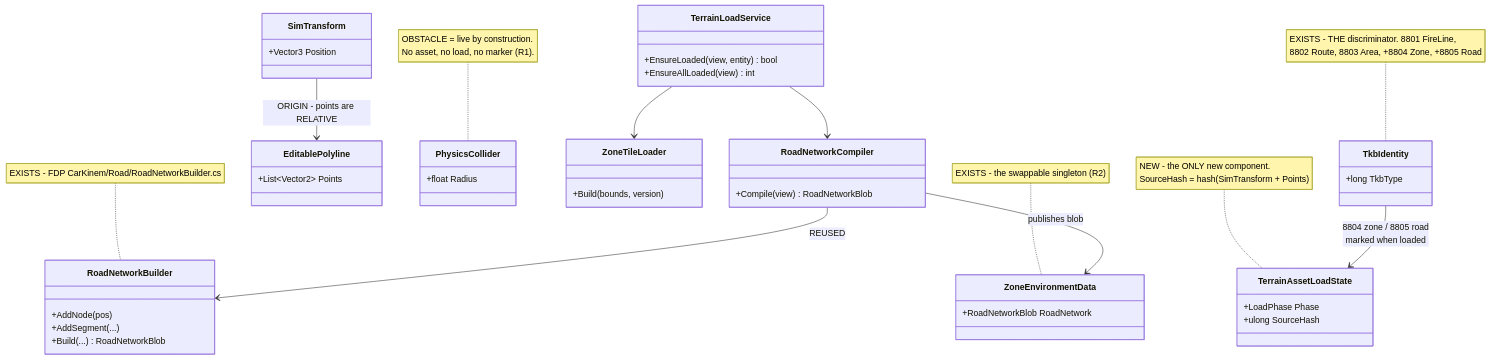
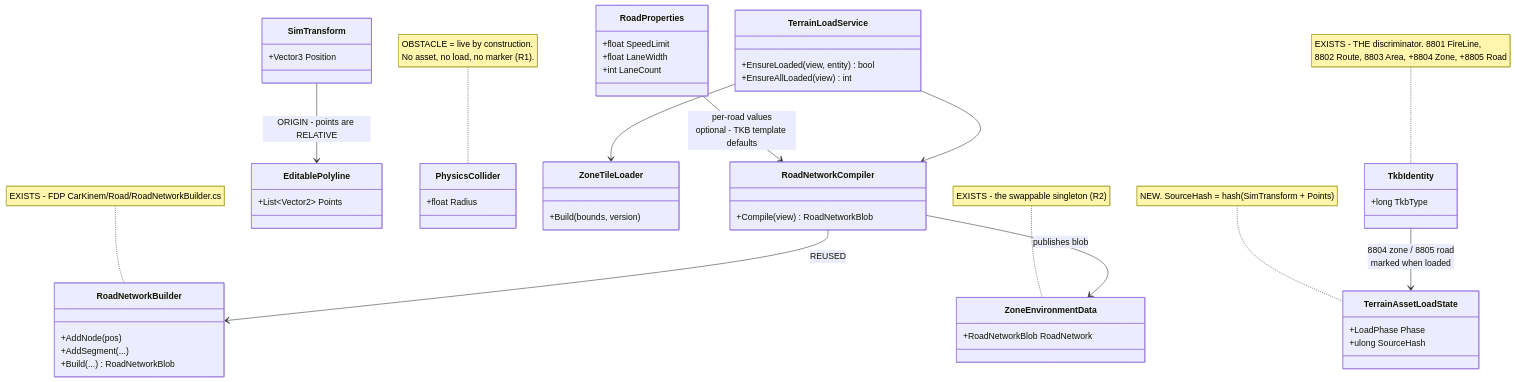
Before and after one commit to pjanec/HROT: the first of 4 diagrams in docs/DESIGN_Terrain_Zones_And_Assets.md, drawn with Mermaid. The commit also changed other lines of this file, not shown here.

First line of the commit message:
docs: restore the road's per-instance data as RoadProperties

````diff
--- a/docs/DESIGN_Terrain_Zones_And_Assets.md
+++ b/docs/DESIGN_Terrain_Zones_And_Assets.md
@@ -56,48 +56,54 @@
 ```mermaid
 classDiagram
   class TkbIdentity {
     +long TkbType
   }
   class SimTransform {
     +Vector3 Position
   }
   class EditablePolyline {
     +List~Vector2~ Points
   }
   class TerrainAssetLoadState {
     +LoadPhase Phase
     +ulong SourceHash
+  }
+  class RoadProperties {
+    +float SpeedLimit
+    +float LaneWidth
+    +int LaneCount
   }
   class PhysicsCollider {
     +float Radius
   }
   class TerrainLoadService {
     +EnsureLoaded(view, entity) bool
     +EnsureAllLoaded(view) int
   }
   class ZoneTileLoader {
     +Build(bounds, version)
   }
   class RoadNetworkCompiler {
     +Compile(view) RoadNetworkBlob
   }
   class RoadNetworkBuilder {
     +AddNode(pos)
     +AddSegment(...)
     +Build(...) RoadNetworkBlob
   }
   class ZoneEnvironmentData {
     +RoadNetworkBlob RoadNetwork
   }
   TkbIdentity --> TerrainAssetLoadState : 8804 zone / 8805 road<br/>marked when loaded
   SimTransform --> EditablePolyline : ORIGIN - points are RELATIVE
+  RoadProperties --> RoadNetworkCompiler : per-road values<br/>optional - TKB template defaults
   TerrainLoadService --> ZoneTileLoader
   TerrainLoadService --> RoadNetworkCompiler
   RoadNetworkCompiler --> RoadNetworkBuilder : REUSED
   RoadNetworkCompiler --> ZoneEnvironmentData : publishes blob
   note for PhysicsCollider "OBSTACLE = live by construction.<br/>No asset, no load, no marker (R1)."
   note for RoadNetworkBuilder "EXISTS - FDP CarKinem/Road/RoadNetworkBuilder.cs"
   note for TkbIdentity "EXISTS - THE discriminator. 8801 FireLine,<br/>8802 Route, 8803 Area, +8804 Zone, +8805 Road"
-  note for TerrainAssetLoadState "NEW - the ONLY new component.<br/>SourceHash = hash(SimTransform + Points)"
+  note for TerrainAssetLoadState "NEW. SourceHash = hash(SimTransform + Points)"
   note for ZoneEnvironmentData "EXISTS - the swappable singleton (R2)"
 ```
````
